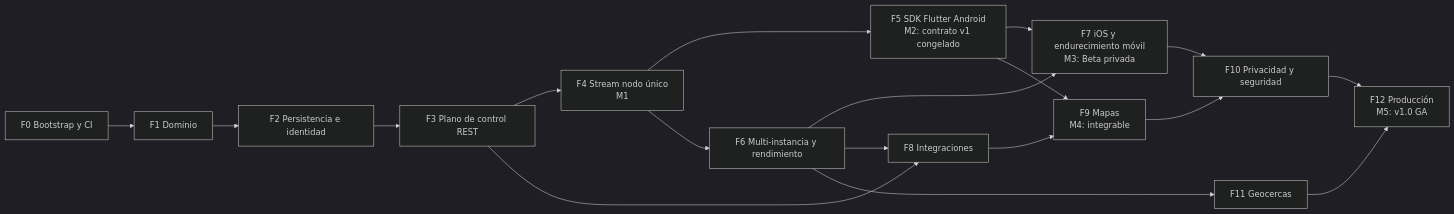
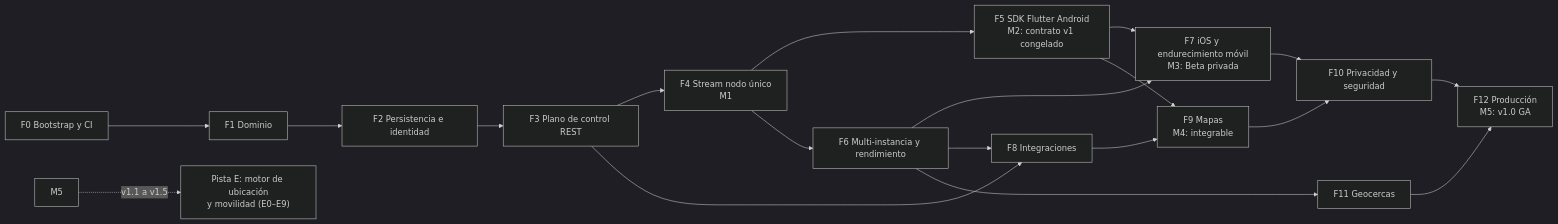
One commit to angelnereira/GeoStream changed the first of 2 diagrams in docs/21_ROADMAP.md. Above: the diagram before and after it, drawn with Mermaid (dark theme). The commit also changed other lines of this file and 6 other files, not shown here.

````diff
--- a/docs/21_ROADMAP.md
+++ b/docs/21_ROADMAP.md
@@ -15,20 +17,21 @@
 ```mermaid
 flowchart LR
   F0[F0 Bootstrap y CI] --> F1[F1 Dominio]
   F1 --> F2[F2 Persistencia e identidad]
   F2 --> F3[F3 Plano de control REST]
   F3 --> F4[F4 Stream nodo único<br/>M1]
   F4 --> F5[F5 SDK Flutter Android<br/>M2: contrato v1 congelado]
   F4 --> F6[F6 Multi-instancia y rendimiento]
   F5 --> F7[F7 iOS y endurecimiento móvil<br/>M3: Beta privada]
   F6 --> F7
   F3 --> F8[F8 Integraciones]
   F6 --> F8
   F5 --> F9[F9 Mapas<br/>M4: integrable]
   F8 --> F9
   F7 --> F10[F10 Privacidad y seguridad]
   F9 --> F10
   F6 --> F11[F11 Geocercas]
   F10 --> F12[F12 Producción<br/>M5: v1.0 GA]
   F11 --> F12
+  M5 -.->|v1.1 a v1.5| E0["Pista E: motor de ubicación<br/>y movilidad (E0–E9)"]
 ```
````
